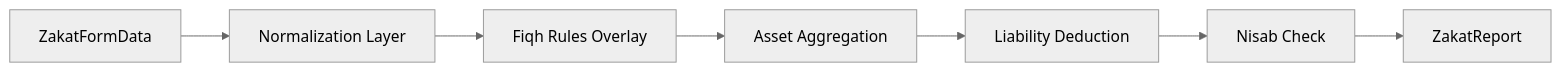
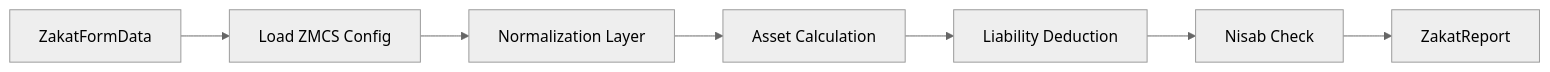
The second of 2 diagrams in docs/ENGINEERING_DESIGN.md (naheed/zakah), drawn with Mermaid (neutral theme) before and after one commit. The commit also changed other lines of this file and 41 other files, not shown here.

````diff
--- a/docs/ENGINEERING_DESIGN.md
+++ b/docs/ENGINEERING_DESIGN.md
@@ -92,9 +105,9 @@
 ```mermaid
 flowchart LR
-    Input[ZakatFormData] --> Normalize[Normalization Layer]
-    Normalize --> Fiqh[Fiqh Rules Overlay]
-    Fiqh --> Aggregate[Asset Aggregation]
-    Aggregate --> Deduct[Liability Deduction]
-    Deduct --> Nisab[Nisab Check]
+    Input[ZakatFormData] --> Config[Load ZMCS Config]
+    Config --> Normalize[Normalization Layer]
+    Normalize --> Assets[Asset Calculation]
+    Assets --> Liabilities[Liability Deduction]
+    Liabilities --> Nisab[Nisab Check]
     Nisab --> Output[ZakatReport]
 ```
````
